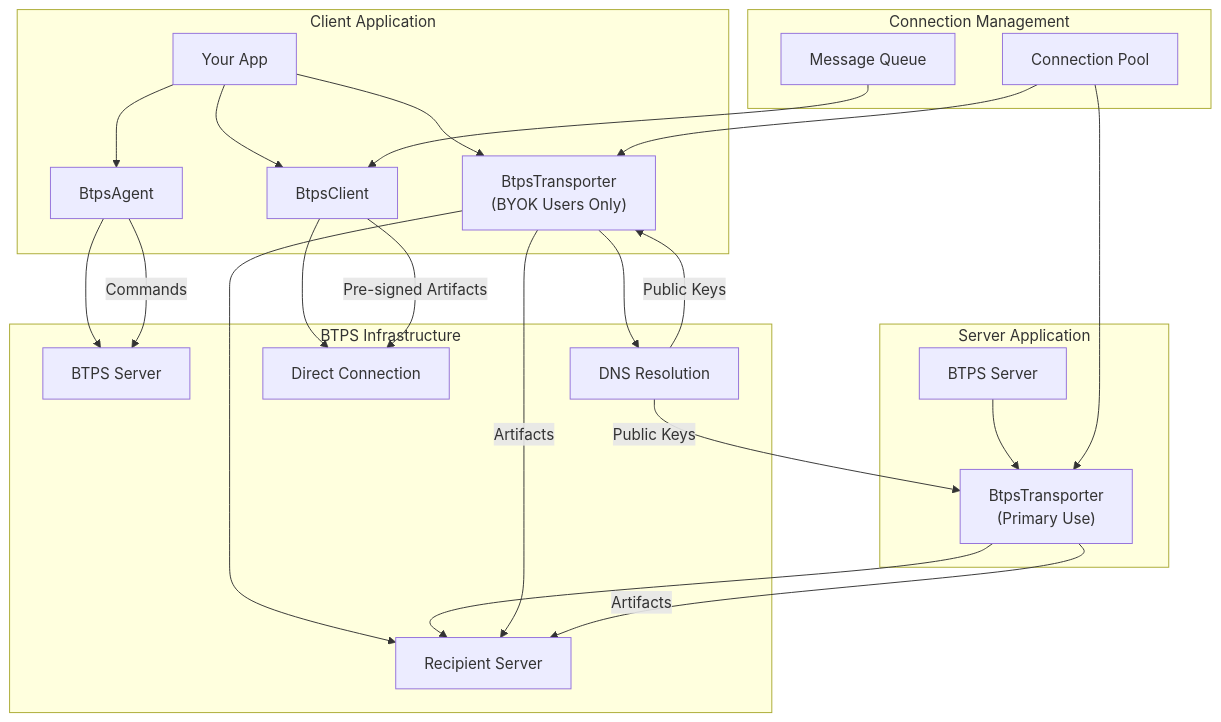
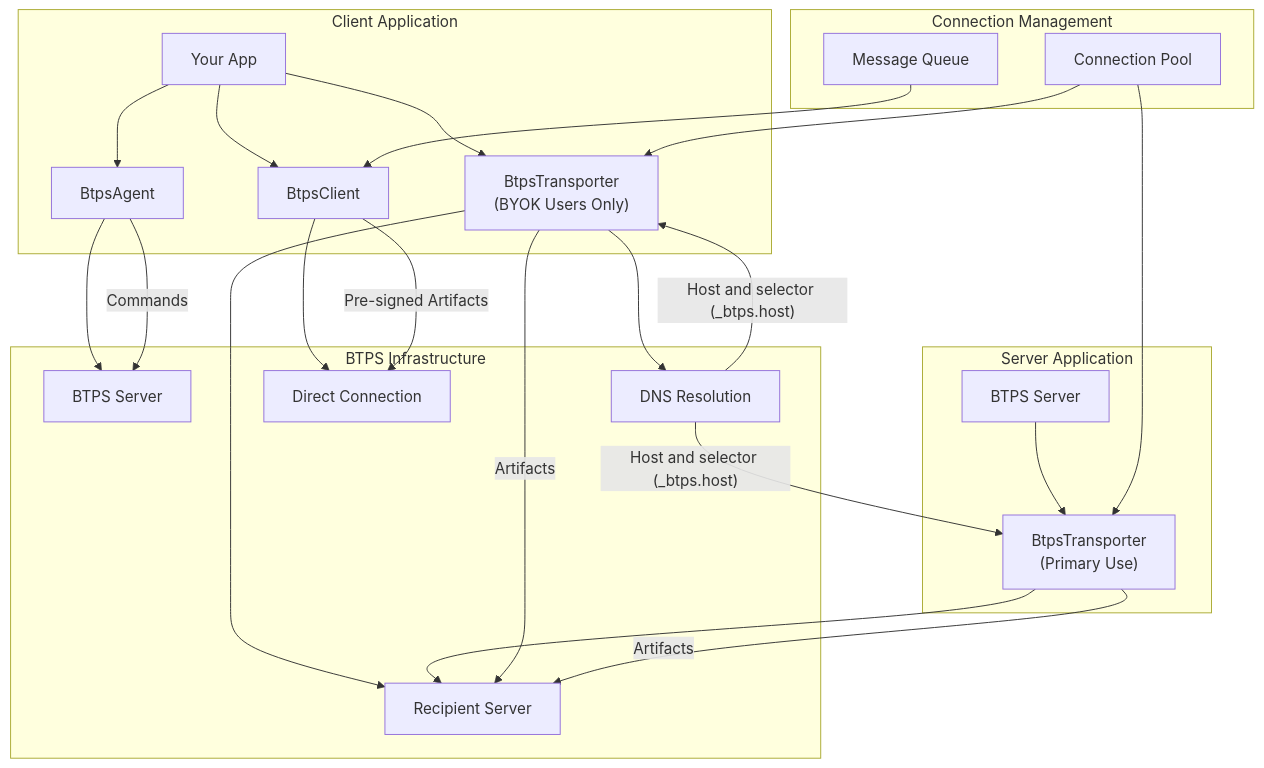
One commit to openbtps/btps-node changed the first of 3 diagrams in docs/docusaurus/docs/getting-started/client/prerequisites.md. Above: the diagram before and after it, drawn with Mermaid. The commit also changed other lines of this file and 26 other files, not shown here.

First line of the commit message:
Docs: bring every diagram in line with 1.1

````diff
--- a/docs/docusaurus/docs/getting-started/client/prerequisites.md
+++ b/docs/docusaurus/docs/getting-started/client/prerequisites.md
@@ -71,34 +71,34 @@
 ```mermaid
 graph TB
     subgraph "Client Application"
         A["Your App"] --> B["BtpsAgent"]
         A --> C["BtpsTransporter<br/>(BYOK Users Only)"]
         A --> D["BtpsClient"]
     end
 
     subgraph "Server Application"
         E["BTPS Server"] --> F["BtpsTransporter<br/>(Primary Use)"]
     end
 
     subgraph "BTPS Infrastructure"
         B --> G["BTPS Server"]
         C --> H["DNS Resolution"]
         C --> I["Recipient Server"]
         F --> I
         D --> J["Direct Connection"]
     end
 
     subgraph "Connection Management"
         K["Connection Pool"] --> C
         K --> F
         L["Message Queue"] --> D
     end
 
     %% Relationships
     B -->|"Commands"| G
     C -->|"Artifacts"| I
     F -->|"Artifacts"| I
-    H -->|"Public Keys"| C
-    H -->|"Public Keys"| F
+    H -->|"Host and selector (_btps.host)"| C
+    H -->|"Host and selector (_btps.host)"| F
     D -->|"Pre-signed Artifacts"| J
 ```
````
